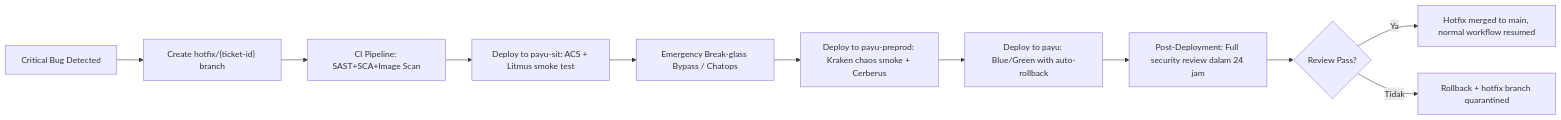
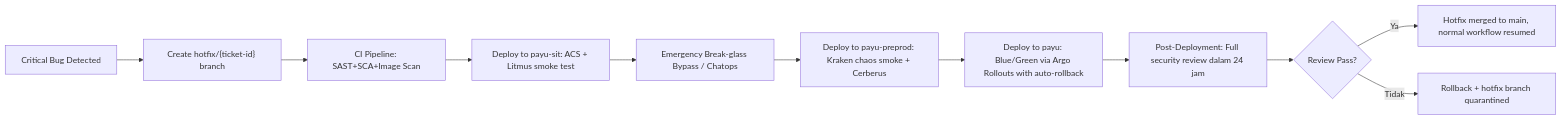
The first of 2 diagrams in infrastructure/DEVSECOPS_ARCHITECTURE.md (fajjarnr/payu), drawn with Mermaid before and after one commit. The commit also changed other lines of this file, not shown here.

First line of the commit message:
docs(devsecops): align architecture with ArgoCD/Argo Rollouts/VSO best practices

````diff
--- a/infrastructure/DEVSECOPS_ARCHITECTURE.md
+++ b/infrastructure/DEVSECOPS_ARCHITECTURE.md
@@ -153,13 +153,13 @@
 ```mermaid
 graph LR
     A[Critical Bug Detected] --> B["Create hotfix/{ticket-id} branch"]
     B --> C["CI Pipeline: SAST+SCA+Image Scan"]
     C --> D["Deploy to payu-sit: ACS + Litmus smoke test"]
     D --> E["Emergency Break-glass Bypass / Chatops"]
     E --> F["Deploy to payu-preprod: Kraken chaos smoke + Cerberus"]
-    F --> G["Deploy to payu: Blue/Green with auto-rollback"]
+    F --> G["Deploy to payu: Blue/Green via Argo Rollouts with auto-rollback"]
     G --> H["Post-Deployment: Full security review dalam 24 jam"]
     H --> I{Review Pass?}
     I -->|Ya| J["Hotfix merged to main, normal workflow resumed"]
     I -->|Tidak| K["Rollback + hotfix branch quarantined"]
 ```
````
